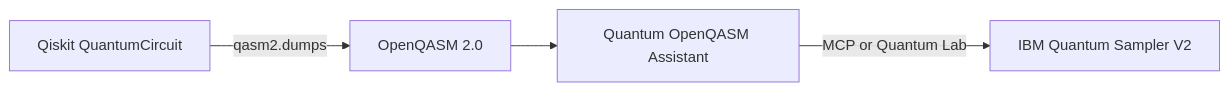
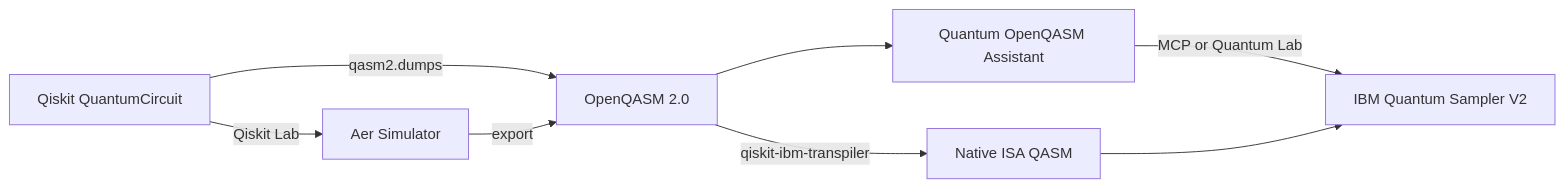
The diagram in docs/QISKIT-INTEGRATION.md (markusvankempen/quantum-openqasm-assistant), drawn with Mermaid before and after one commit. The commit also changed other lines of this file and 4 other files, not shown here.

Commit message:
Document Qiskit Lab and AI transpilation for ecosystem update.

````diff
--- a/docs/QISKIT-INTEGRATION.md
+++ b/docs/QISKIT-INTEGRATION.md
@@ -18,6 +19,10 @@
 ```mermaid
 flowchart LR
     Qiskit[Qiskit QuantumCircuit] -->|qasm2.dumps| QASM[OpenQASM 2.0]
     QASM --> Assistant[Quantum OpenQASM Assistant]
     Assistant -->|MCP or Quantum Lab| IBM[IBM Quantum Sampler V2]
+    Qiskit -->|Qiskit Lab| Aer[Aer Simulator]
+    Aer -->|export| QASM
+    QASM -->|qiskit-ibm-transpiler| Transpiled[Native ISA QASM]
+    Transpiled --> IBM
 ```
````
